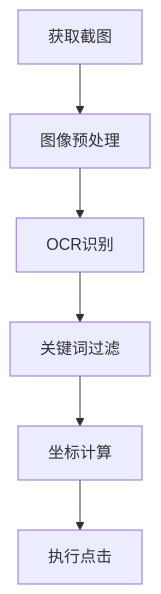
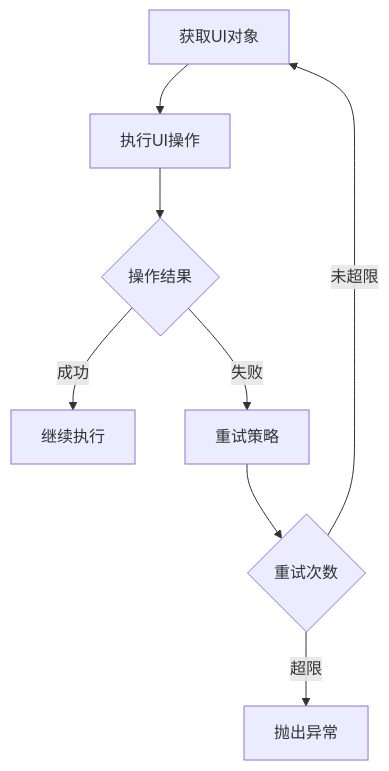
One commit to DamonLong3912/RPABot changed the second of 3 diagrams in docs/design/architecture.md. Above: the diagram before and after it, drawn with Mermaid. The commit also changed other lines of this file and 10 other files, not shown here.

````diff
--- a/docs/design/architecture.md
+++ b/docs/design/architecture.md
@@ -63,8 +69,10 @@
 ```mermaid
 graph TD
-    A[获取截图] --> B[图像预处理]
-    B --> C[OCR识别]
-    C --> D[关键词过滤]
-    D --> E[坐标计算]
-    E --> F[执行点击]
+    A[获取UI对象] --> B[执行UI操作]
+    B --> C{操作结果}
+    C -->|成功| D[继续执行]
+    C -->|失败| E[重试策略]
+    E --> F{重试次数}
+    F -->|未超限| A
+    F -->|超限| G[抛出异常]
 ```
````
